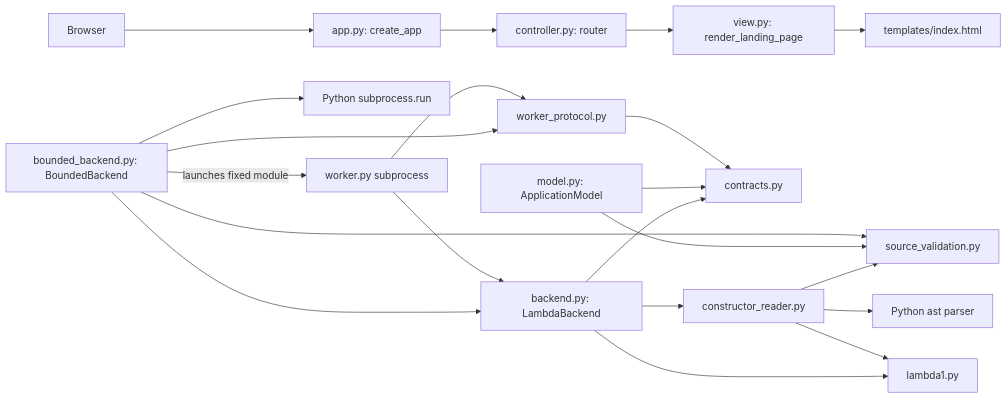
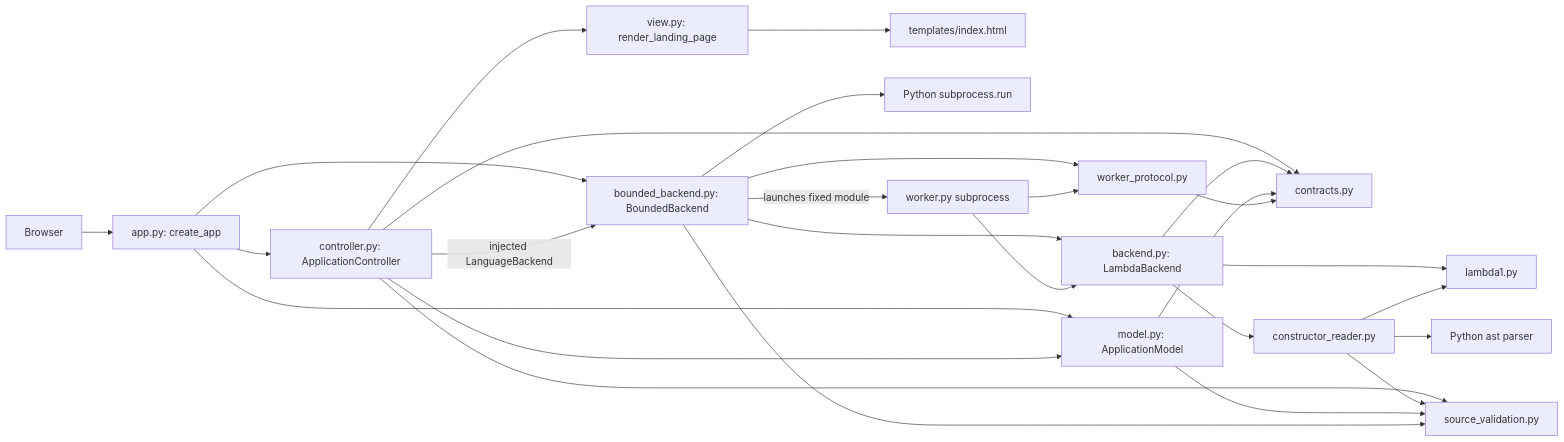
One commit to kojiken4/CS413-2026-Fall-kojiken changed the diagram in assigns/04/MySolution/ARCHITECTURE.md. Above: the diagram before and after it, drawn with Mermaid. The commit also changed other lines of this file and 7 other files, not shown here.

````diff
--- a/assigns/04/MySolution/ARCHITECTURE.md
+++ b/assigns/04/MySolution/ARCHITECTURE.md
@@ -5,23 +5,29 @@
 ```mermaid
 flowchart LR
     Browser --> App[app.py: create_app]
-    App --> Controller[controller.py: router]
+    App --> Controller[controller.py: ApplicationController]
+    App --> Model
+    App --> Bounded
+    Controller --> Model
+    Controller --> Contracts
+    Controller --> Validation
+    Controller -->|injected LanguageBackend| Bounded
     Controller --> View[view.py: render_landing_page]
     View --> HTML[templates/index.html]
     Backend[backend.py: LambdaBackend] --> Contracts[contracts.py]
     Backend --> Reader[constructor_reader.py]
     Backend --> Language[lambda1.py]
     Reader --> AST[Python ast parser]
     Reader --> Language
     Reader --> Validation[source_validation.py]
     Model[model.py: ApplicationModel] --> Contracts
     Model --> Validation
     Bounded[bounded_backend.py: BoundedBackend] --> Backend
     Bounded --> Validation
     Bounded --> Transport[worker_protocol.py]
     Bounded --> Subprocess[Python subprocess.run]
     Bounded -->|launches fixed module| Worker[worker.py subprocess]
     Worker --> Backend
     Worker --> Transport
     Transport --> Contracts
 ```
````
